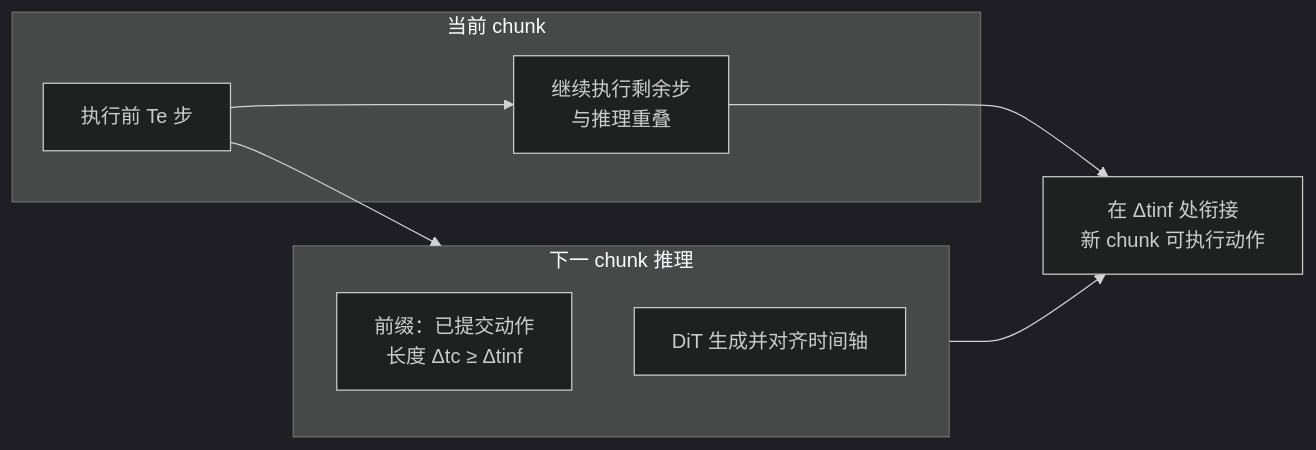
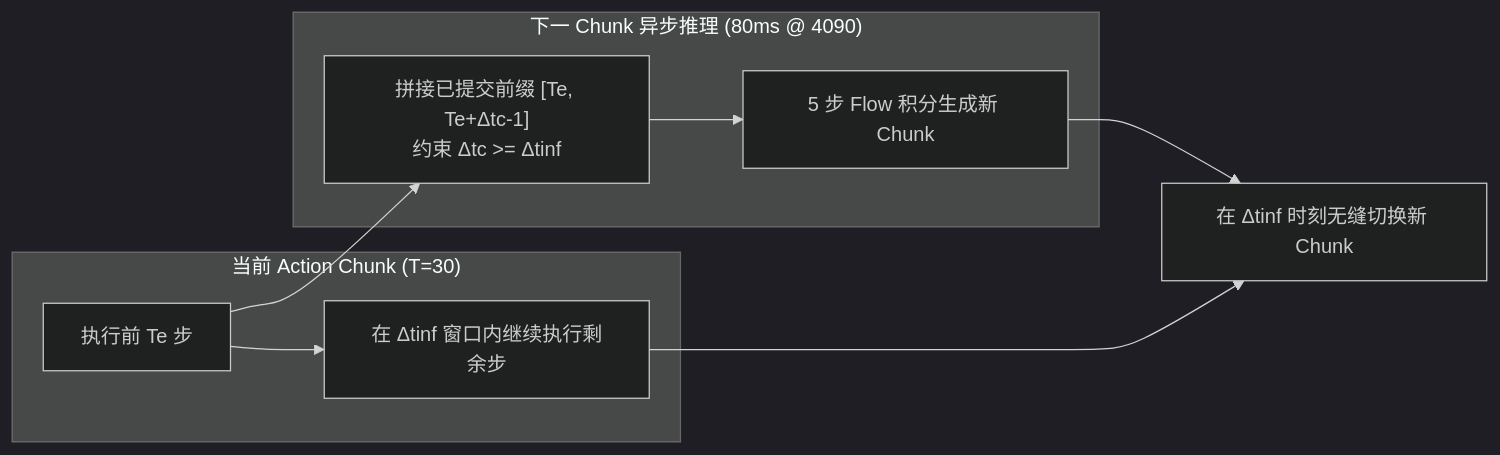
Before and after one commit to ImChong/Robotics_Notebooks: the second of 3 diagrams in wiki/entities/xiaomi-robotics-0.md, drawn with Mermaid (dark theme). The commit also changed other lines of this file and 192 other files, not shown here.

Commit message:
[2026-11-14] ingest | roadmap/depth-vla.md — 补齐 VLA 纵深路线全部节点原文证据与满分健康度

````diff
--- a/wiki/entities/xiaomi-robotics-0.md
+++ b/wiki/entities/xiaomi-robotics-0.md
@@ -89,15 +100,16 @@
 ```mermaid
 flowchart LR
-  subgraph chunk1 [当前 chunk]
-    E1[执行前 Te 步]
-    R1[继续执行剩余步\n与推理重叠]
+  subgraph chunk1 ["当前 Action Chunk (T=30)"]
+    E1["执行前 Te 步"]
+    R1["在 Δtinf 窗口内继续执行剩余步"]
   end
-  subgraph infer [下一 chunk 推理]
-    P[前缀：已提交动作\n长度 Δtc ≥ Δtinf]
-    N[DiT 生成并对齐时间轴]
+  subgraph infer ["下一 Chunk 异步推理 (80ms @ 4090)"]
+    P["拼接已提交前缀 [Te, Te+Δtc-1]\n约束 Δtc >= Δtinf"]
+    N["5 步 Flow 积分生成新 Chunk"]
   end
   E1 --> R1
-  E1 --> infer
-  infer --> stitch[在 Δtinf 处衔接\n新 chunk 可执行动作]
+  E1 --> P
+  P --> N
+  N --> stitch["在 Δtinf 时刻无缝切换新 Chunk"]
   R1 --> stitch
 ```
````
